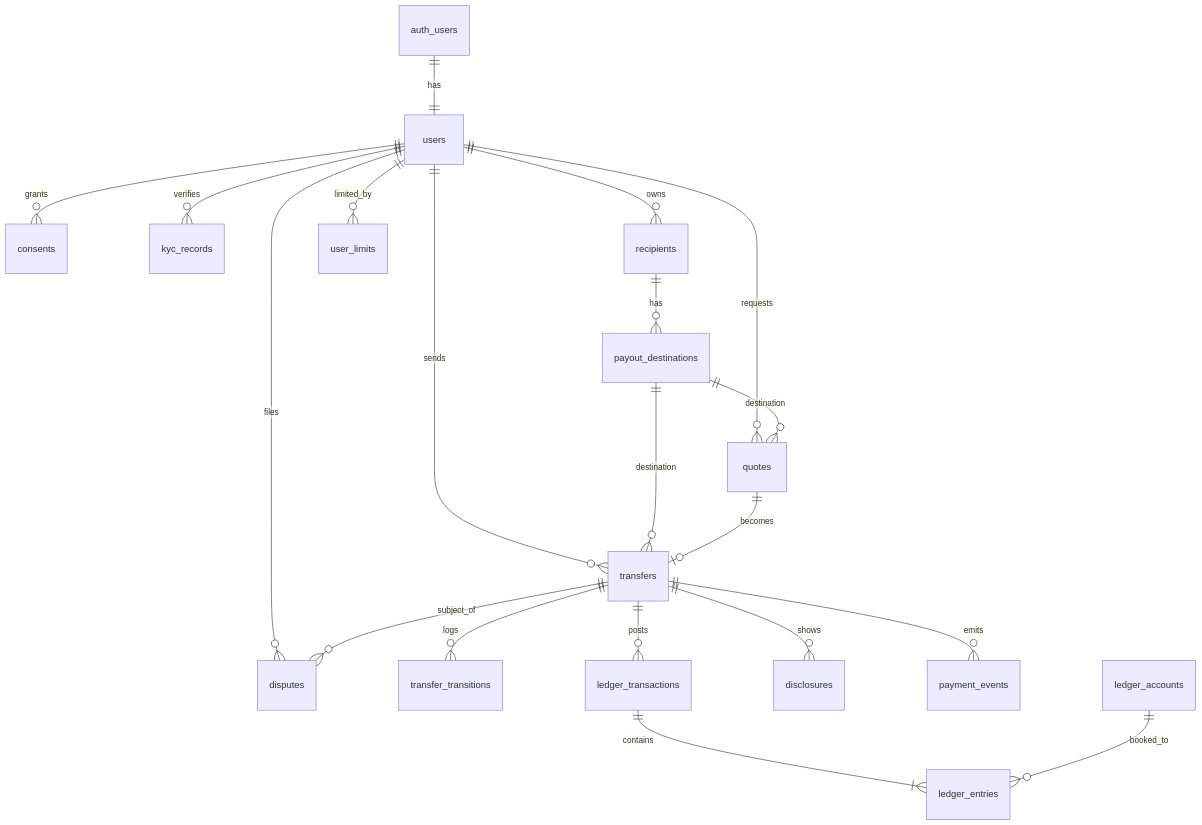
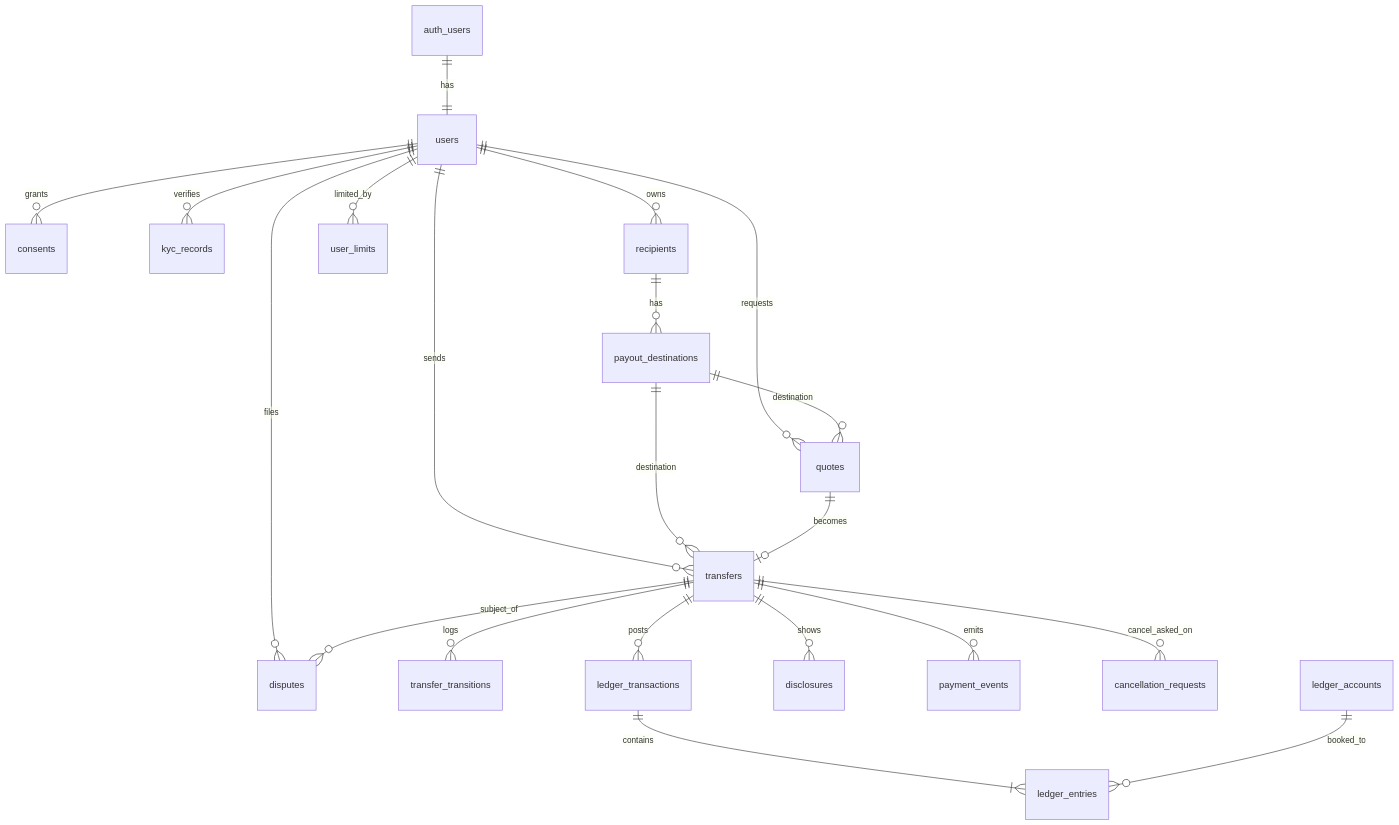
One commit to PuenteFinancial/PuenteApp changed the diagram in docs/erd.md. Above: the diagram before and after it, drawn with Mermaid. The commit also changed other lines of this file and 8 other files, not shown here.

````diff
--- a/docs/erd.md
+++ b/docs/erd.md
@@ -30,22 +30,23 @@
 ```mermaid
 erDiagram
     auth_users         ||--||  users               : has
     users              ||--o{  consents            : grants
     users              ||--o{  kyc_records         : verifies
     users              ||--o{  recipients          : owns
     users              ||--o{  quotes              : requests
     users              ||--o{  transfers           : sends
     users              ||--o{  user_limits         : limited_by
     users              ||--o{  disputes            : files
     recipients         ||--o{  payout_destinations : has
     payout_destinations||--o{  quotes              : destination
     payout_destinations||--o{  transfers           : destination
     quotes             ||--o|  transfers           : becomes
     transfers          ||--o{  transfer_transitions: logs
     transfers          ||--o{  ledger_transactions : posts
     transfers          ||--o{  disclosures         : shows
     transfers          ||--o{  payment_events      : emits
     transfers          ||--o{  disputes            : subject_of
+    transfers          ||--o{ cancellation_requests: cancel_asked_on
     ledger_transactions||--|{  ledger_entries      : contains
     ledger_accounts    ||--o{  ledger_entries      : booked_to
 ```
````
